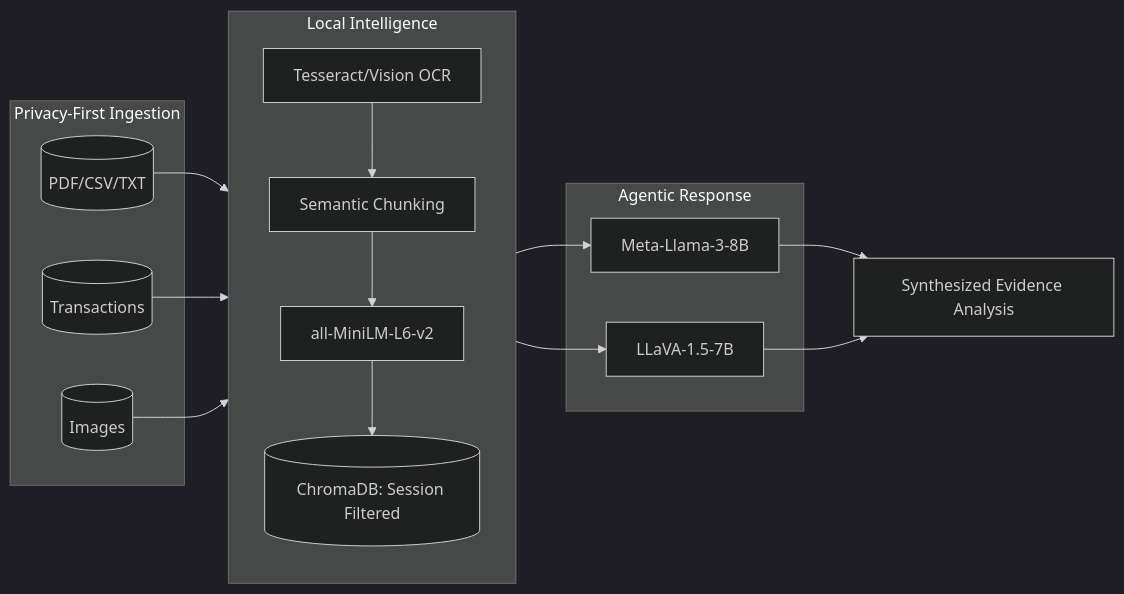
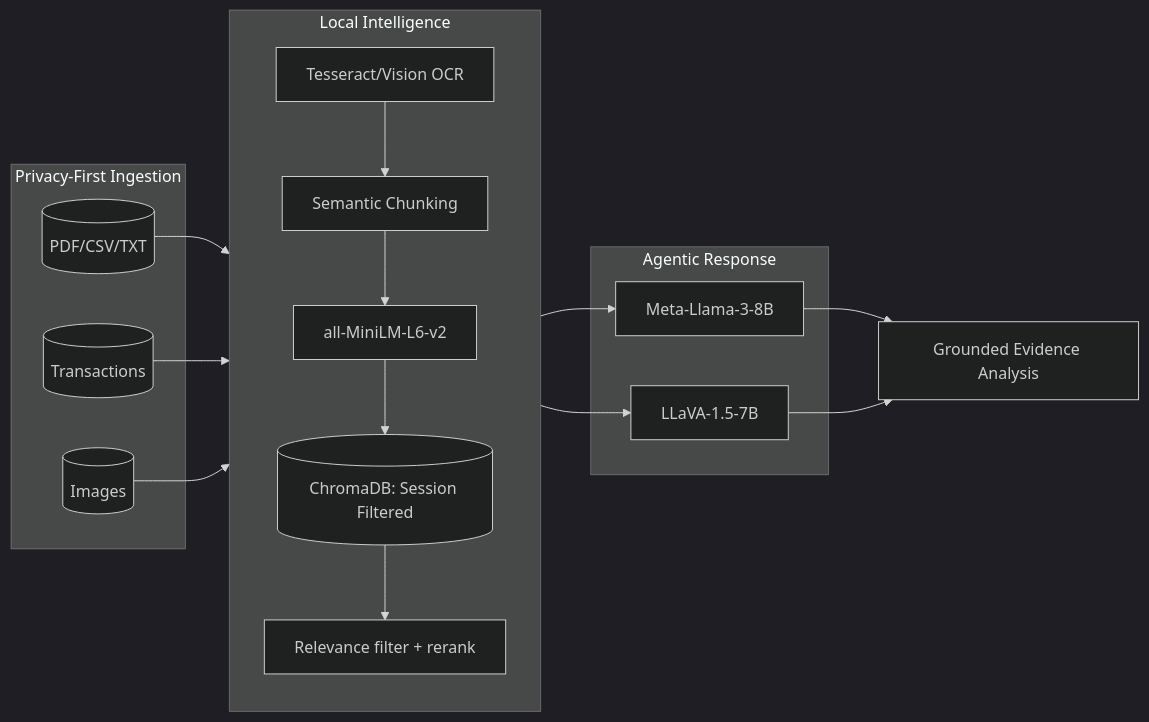
Before and after one commit to ladkrutarth/Hands-On-Week-4: the third of 4 diagrams in README.md, drawn with Mermaid (dark theme). The commit also changed other lines of this file and 85 other files, not shown here.

````diff
--- a/README.md
+++ b/README.md
@@ -158,29 +167,31 @@
 ```mermaid
 graph LR
     subgraph Ingestion [Privacy-First Ingestion]
         Docs[(PDF/CSV/TXT)]
         IMG[(Images)]
         TXN[(Transactions)]
     end
 
     subgraph RAG_Engine [Local Intelligence]
         direction TB
         OCR[Tesseract/Vision OCR]
         Chunk[Semantic Chunking]
         Embed[all-MiniLM-L6-v2]
+        Rank[Relevance filter + rerank]
         Chroma[(ChromaDB: Session Filtered)]
     end
 
     subgraph Inference [Agentic Response]
         LLM[Meta-Llama-3-8B]
         Vision[LLaVA-1.5-7B]
     end
 
     Docs & TXN --> Chunk
     IMG --> OCR
     OCR --> Chunk
     Chunk --> Embed
     Embed --> Chroma
-    Chroma --> LLM & Vision
-    LLM & Vision --> Reply[Synthesized Evidence Analysis]
+    Chroma --> Rank
+    Rank --> LLM & Vision
+    LLM & Vision --> Reply[Grounded Evidence Analysis]
 ```
````
